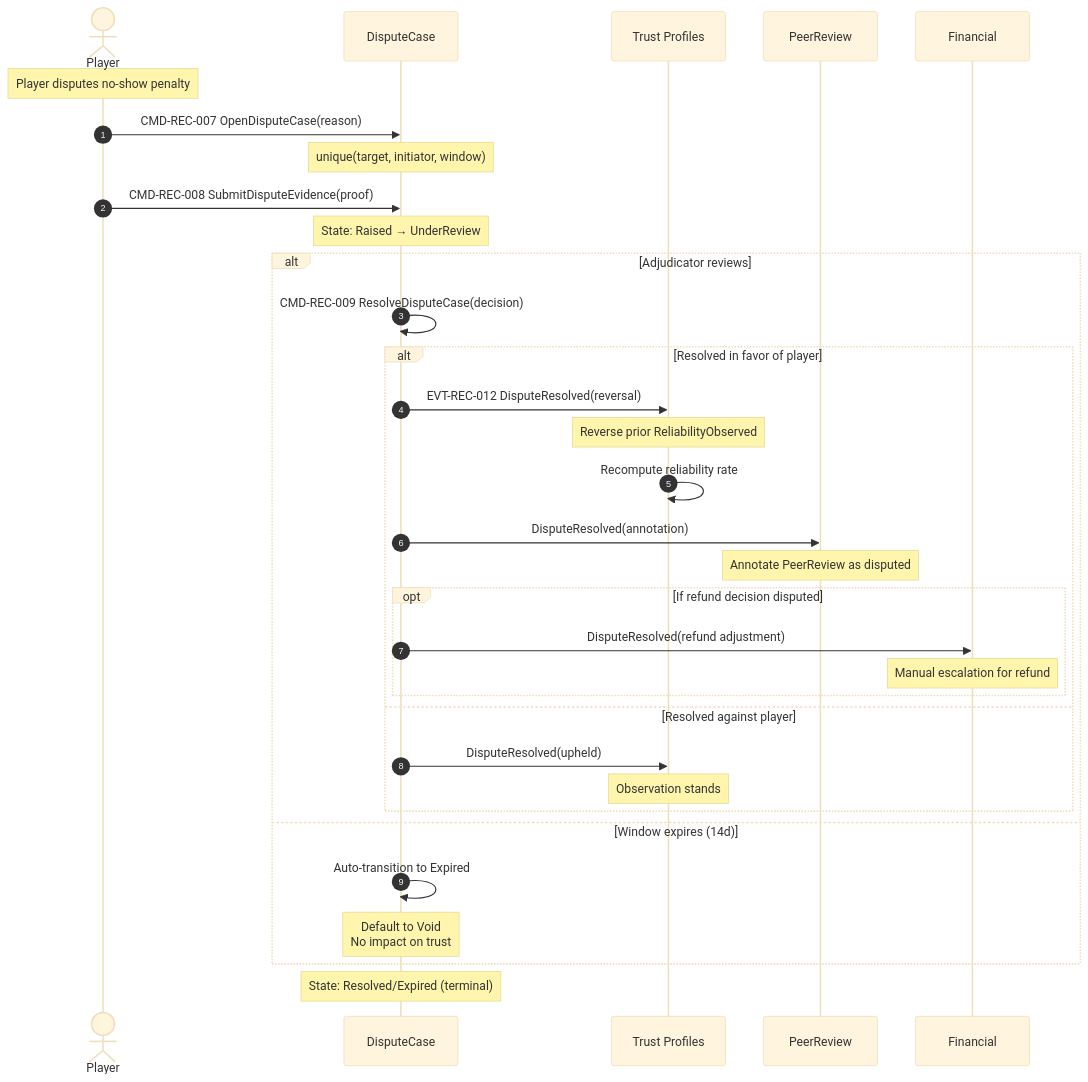
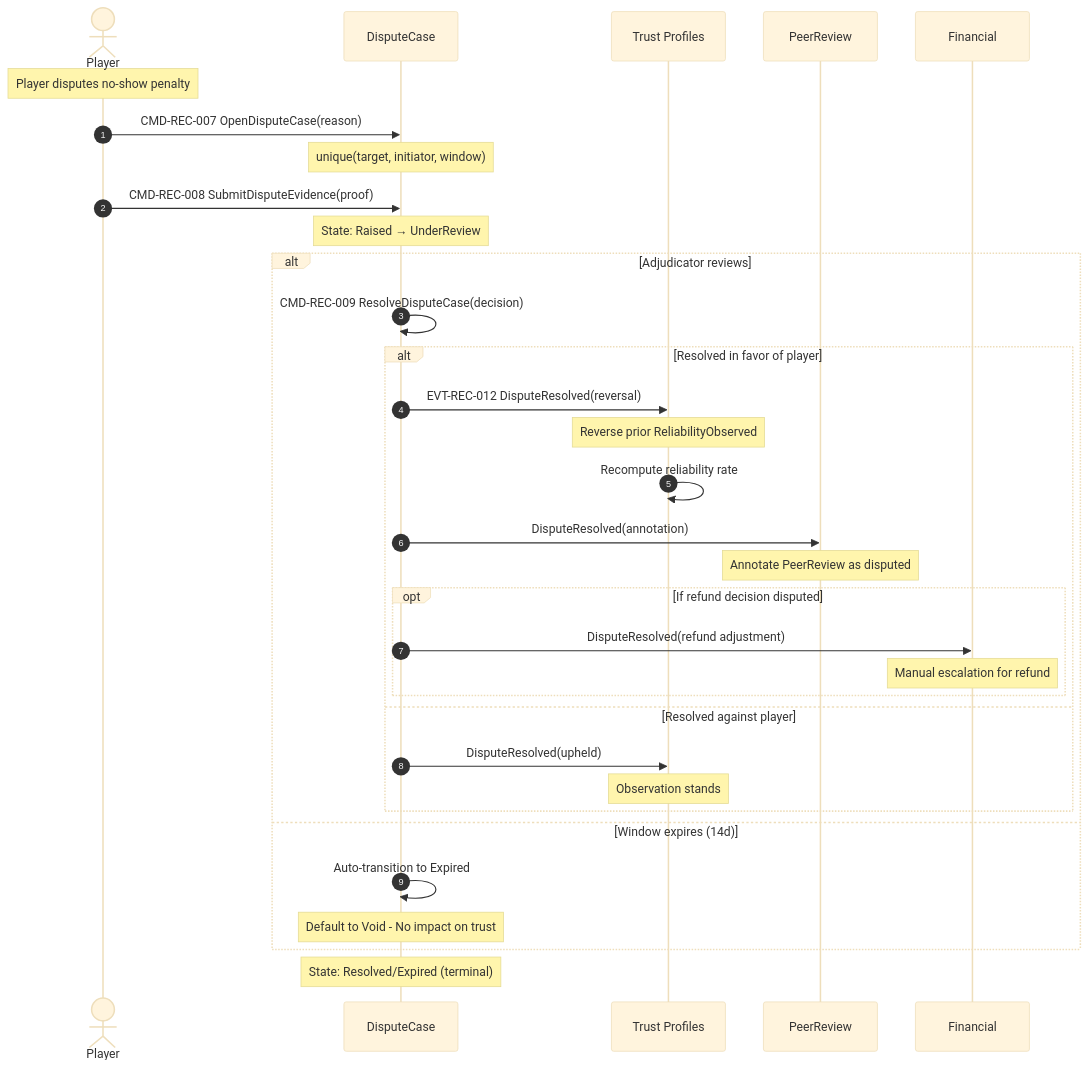
One commit to deepaucksharmaji/game-ddd changed diagram 12 of 17 in ENHANCED_DIAGRAMS.md. Above: the diagram before and after it, drawn with Mermaid (base theme). The commit also changed other lines of this file and 1 other file, not shown here.

````diff
--- a/ENHANCED_DIAGRAMS.md
+++ b/ENHANCED_DIAGRAMS.md
@@ -664,45 +937,45 @@
 ```mermaid
 sequenceDiagram
     autonumber
     actor P as Player
     participant D as DisputeCase
     participant TR as Trust Profiles
     participant PR as PeerReview
     participant FIN as Financial
 
     Note over P: Player disputes no-show penalty
 
     P->>D: CMD-REC-007 OpenDisputeCase(reason)
     Note over D: unique(target, initiator, window)
 
     P->>D: CMD-REC-008 SubmitDisputeEvidence(proof)
     Note over D: State: Raised → UnderReview
 
     alt Adjudicator reviews
         D->>D: CMD-REC-009 ResolveDisputeCase(decision)
         
         alt Resolved in favor of player
             D->>TR: EVT-REC-012 DisputeResolved(reversal)
             Note over TR: Reverse prior ReliabilityObserved
             TR->>TR: Recompute reliability rate
             
             D->>PR: DisputeResolved(annotation)
             Note over PR: Annotate PeerReview as disputed
             
             opt If refund decision disputed
                 D->>FIN: DisputeResolved(refund adjustment)
                 Note over FIN: Manual escalation for refund
             end
             
         else Resolved against player
             D->>TR: DisputeResolved(upheld)
             Note over TR: Observation stands
         end
         
     else Window expires (14d)
         D->>D: Auto-transition to Expired
-        Note over D: Default to Void<br/>No impact on trust
+        Note over D: Default to Void - No impact on trust
     end
 
     Note over D: State: Resolved/Expired (terminal)
 ```
````
